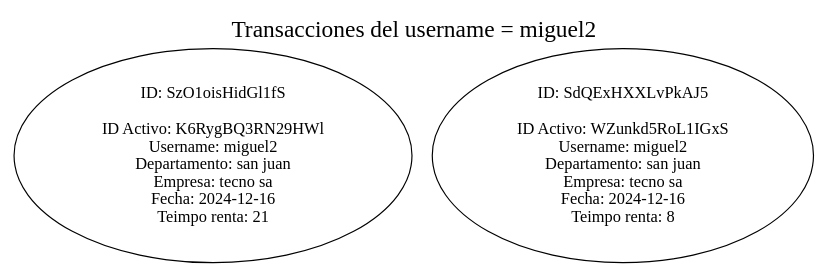
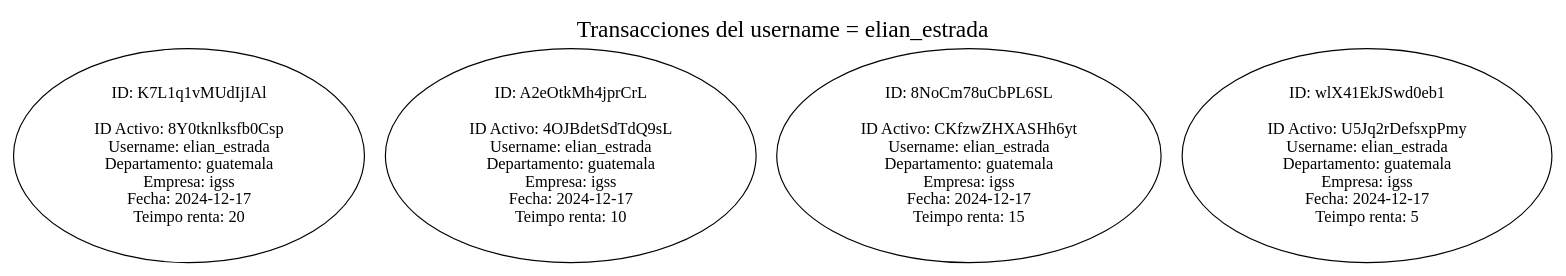
Before and after one commit to miguel-tubac/-EDD-Proyecto1_202101927: the diagram in src/Reportes/lista_doble_Usuario.dot, drawn with Graphviz. The commit also changed 16 other files, not shown here.

```diff
--- a/src/Reportes/lista_doble_Usuario.dot
+++ b/src/Reportes/lista_doble_Usuario.dot
@@ -1,21 +1,45 @@
 digraph G { randir = LR;
-	label = "Transacciones del username = miguel2";
+	label = "Transacciones del username = elian_estrada";
 	labelloc = "t";
 	fontsize = 20;
-"ID: SzO1oisHidGl1fS
+"ID: K7L1q1vMUdIjIAl
 
-ID Activo: K6RygBQ3RN29HWl
-Username: miguel2
-Departamento: san juan
-Empresa: tecno sa
-Fecha: 2024-12-16
-Teimpo renta: 21"
-"ID: SdQExHXXLvPkAJ5
+ID Activo: 8Y0tknlksfb0Csp
+Username: elian_estrada
+Departamento: guatemala
+Empresa: igss
+Fecha: 2024-12-17
+Teimpo renta: 20"
+"ID: A2eOtkMh4jprCrL
 
-ID Activo: WZunkd5RoL1IGxS
-Username: miguel2
-Departamento: san juan
-Empresa: tecno sa
-Fecha: 2024-12-16
-Teimpo renta: 8"
+ID Activo: 4OJBdetSdTdQ9sL
+Username: elian_estrada
+Departamento: guatemala
+Empresa: igss
+Fecha: 2024-12-17
+Teimpo renta: 10"
+"ID: 8NoCm78uCbPL6SL
+
+ID Activo: CKfzwZHXASHh6yt
+Username: elian_estrada
+Departamento: guatemala
+Empresa: igss
+Fecha: 2024-12-17
+Teimpo renta: 15"
+"ID: wlX41EkJSwd0eb1
+
+ID Activo: U5Jq2rDefsxpPmy
+Username: elian_estrada
+Departamento: guatemala
+Empresa: igss
+Fecha: 2024-12-17
+Teimpo renta: 5"
+"ID: K7L1q1vMUdIjIAl
+
+ID Activo: 8Y0tknlksfb0Csp
+Username: elian_estrada
+Departamento: guatemala
+Empresa: igss
+Fecha: 2024-12-17
+Teimpo renta: 20"
 }
```
